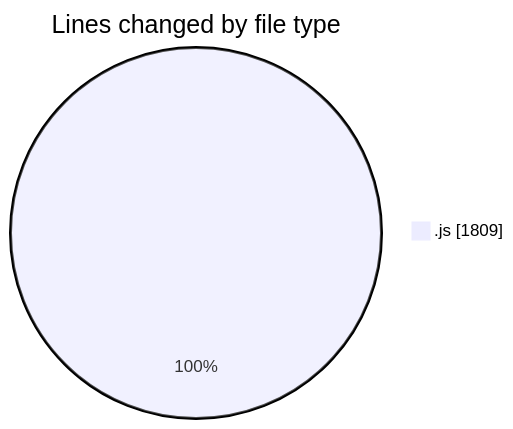
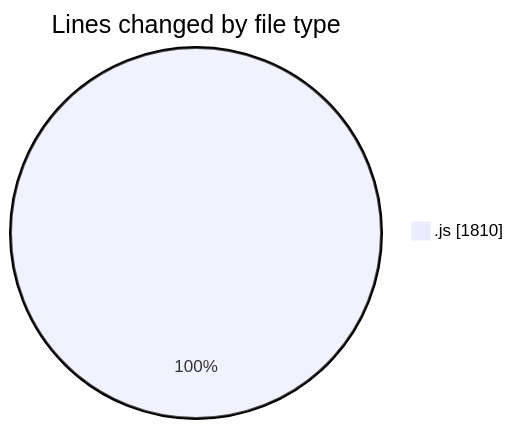
One commit to BS-eng2023/code-tracking changed the first of 2 diagrams in 2025-04-03/jsvms/README.md. Above: the diagram before and after it, drawn with Mermaid. The commit also changed other lines of this file and 1 other file, not shown here.

````diff
--- a/2025-04-03/jsvms/README.md
+++ b/2025-04-03/jsvms/README.md
@@ -31,5 +31,5 @@
 ```mermaid
 pie showData
 title Lines changed by file type
-".js" : 1809
+".js" : 1810
 ```
````
